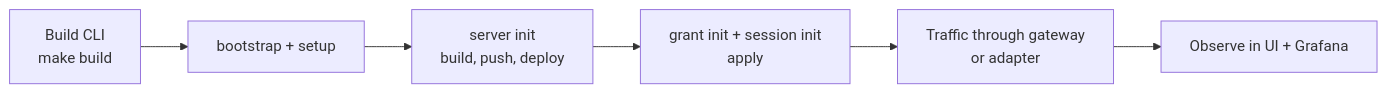
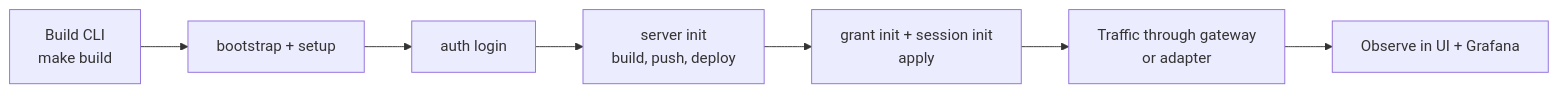
One commit to Agent-Hellboy/mcp-runtime changed the diagram in docs/getting-started.md. Above: the diagram before and after it, drawn with Mermaid. The commit also changed other lines of this file and 8 other files, not shown here.

````diff
--- a/docs/getting-started.md
+++ b/docs/getting-started.md
@@ -815,8 +817,9 @@
 ```mermaid
 flowchart LR
     A[Build CLI<br/>make build] --> B[bootstrap + setup]
-    B --> C[server init<br/>build, push, deploy]
-    C --> D[grant init + session init<br/>apply]
-    D --> E[Traffic through gateway<br/>or adapter]
-    E --> F[Observe in UI + Grafana]
+    B --> C[auth login]
+    C --> D[server init<br/>build, push, deploy]
+    D --> E[grant init + session init<br/>apply]
+    E --> F[Traffic through gateway<br/>or adapter]
+    F --> G[Observe in UI + Grafana]
 ```
````
